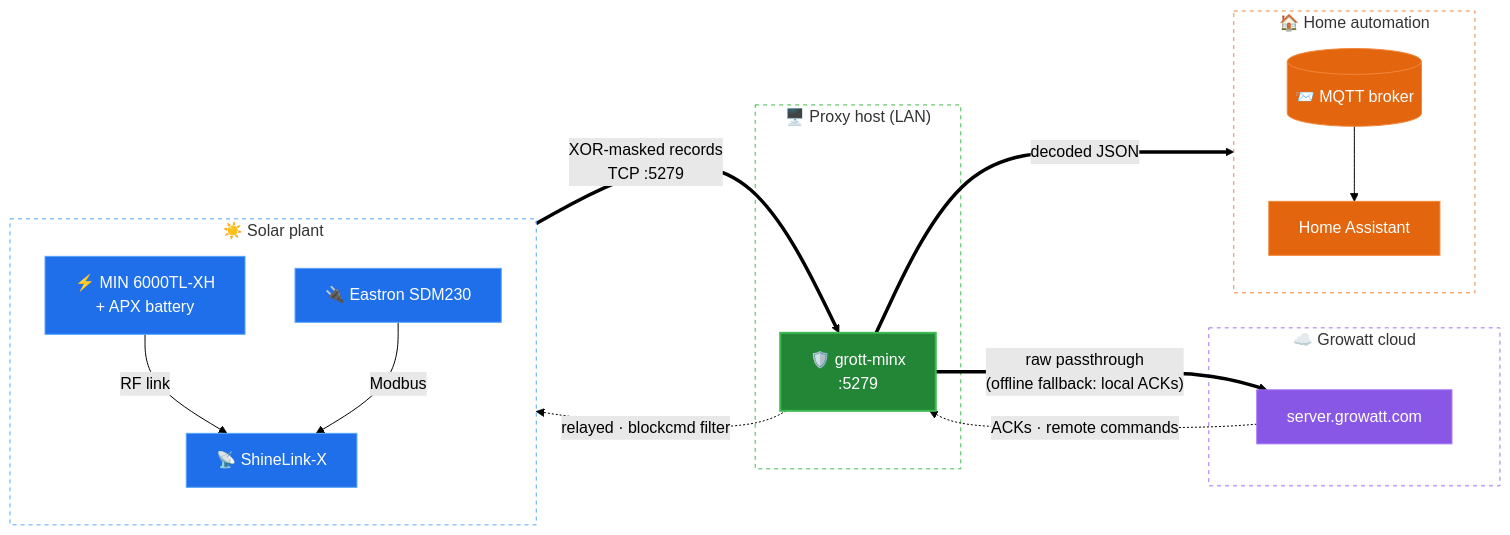
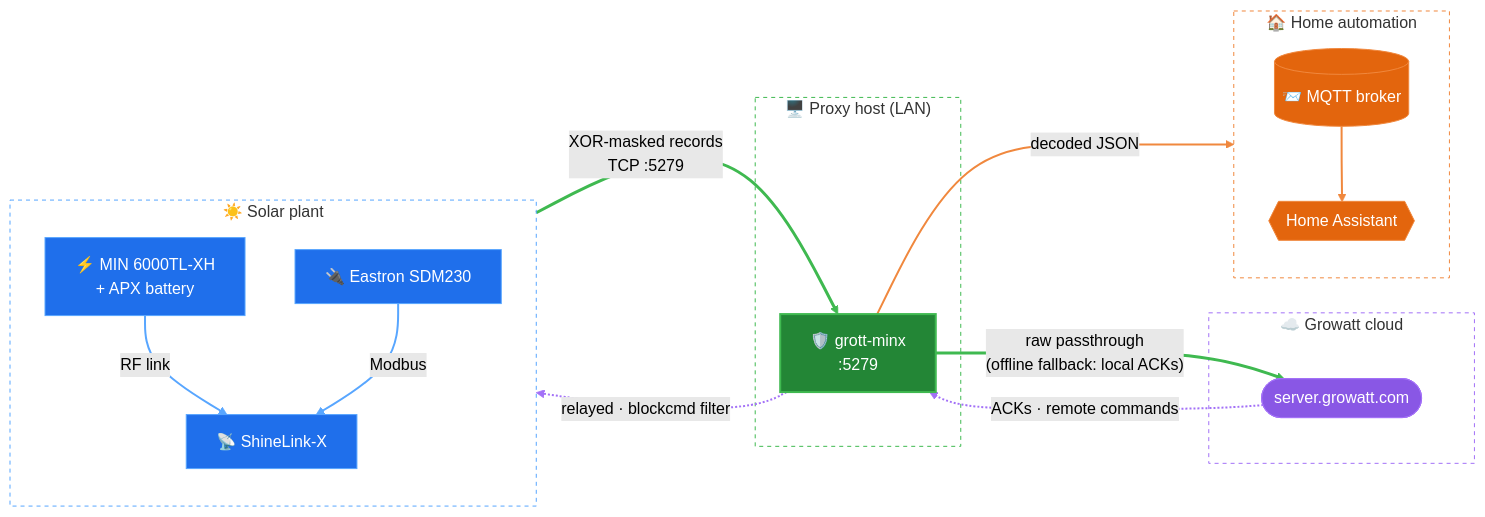
One commit to dberrocal-git/grott-minx changed the first of 2 diagrams in README.md. Above: the diagram before and after it, drawn with Mermaid (forest theme). The commit also changed other lines of this file, not shown here.

Commit message:
README: polish diagrams (flow-colored edges, shaped nodes, zone boxes, activation bar, tinted fallback branch)

````diff
--- a/README.md
+++ b/README.md
@@ -23,45 +23,49 @@
 ```mermaid
 flowchart LR
     subgraph plant["☀️ Solar plant"]
         direction TB
         INV["⚡ MIN 6000TL-XH<br/>+ APX battery"]
         SM["🔌 Eastron SDM230"]
         DL["📡 ShineLink-X"]
         INV -- "RF link" --> DL
         SM -- "Modbus" --> DL
     end
 
     subgraph host["🖥️ Proxy host (LAN)"]
         P["🛡️ grott-minx<br/>:5279"]
     end
 
     subgraph cloud["☁️ Growatt cloud"]
-        G["server.growatt.com"]
+        G(["server.growatt.com"])
     end
 
     subgraph home["🏠 Home automation"]
         direction TB
         M[("📨 MQTT broker")]
-        HA["Home Assistant"]
+        HA{{"Home Assistant"}}
         M --> HA
     end
 
     DL ==>|"XOR-masked records<br/>TCP :5279"| P
     P ==>|"raw passthrough<br/>(offline fallback: local ACKs)"| G
     G -.->|"ACKs · remote commands"| P
     P -.->|"relayed · blockcmd filter"| DL
     P ==>|"decoded JSON"| M
 
     classDef device fill:#1f6feb,stroke:#58a6ff,color:#fff,stroke-width:1px
     classDef proxy fill:#238636,stroke:#3fb950,color:#fff,stroke-width:2px
     classDef cloudn fill:#8957e5,stroke:#a371f7,color:#fff
     classDef homen fill:#e3650d,stroke:#f0883e,color:#fff
     class INV,SM,DL device
     class P proxy
     class G cloudn
     class M,HA homen
     style plant fill:transparent,stroke:#58a6ff,stroke-dasharray:4 4
     style host fill:transparent,stroke:#3fb950,stroke-dasharray:4 4
     style cloud fill:transparent,stroke:#a371f7,stroke-dasharray:4 4
     style home fill:transparent,stroke:#f0883e,stroke-dasharray:4 4
+    linkStyle 0,1 stroke:#58a6ff,stroke-width:2px
+    linkStyle 3,4 stroke:#3fb950,stroke-width:3px
+    linkStyle 5,6 stroke:#a371f7,stroke-width:2px
+    linkStyle 2,7 stroke:#f0883e,stroke-width:2px
 ```
````
